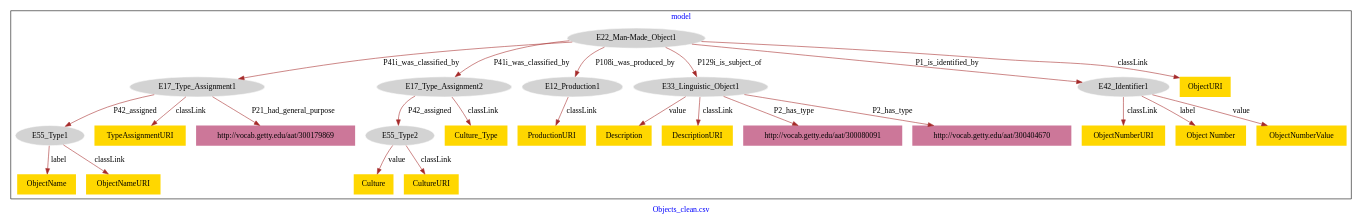
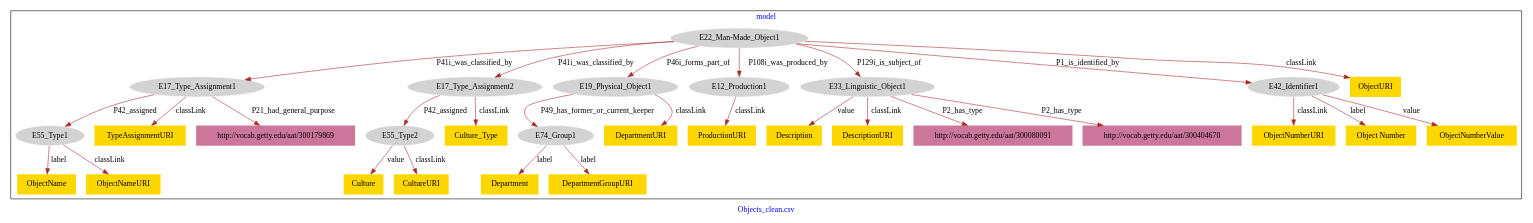
The diagram in Objects/Objects-model.dot (american-art/GM), drawn with Graphviz before and after one commit.

Commit message:
Update file Objects-model.dot

```diff
--- a/Objects/Objects-model.dot
+++ b/Objects/Objects-model.dot
@@ -1,55 +1,65 @@
 digraph n0 {
 fontcolor="blue"
 remincross="true"
 label="Objects_clean.csv"
 subgraph cluster {
 label="model"
 n2[style="filled",color="white",fillcolor="lightgray",label="E17_Type_Assignment1"];
 n3[style="filled",color="white",fillcolor="lightgray",label="E55_Type1"];
 n4[style="filled",color="white",fillcolor="lightgray",label="E17_Type_Assignment2"];
 n5[style="filled",color="white",fillcolor="lightgray",label="E55_Type2"];
-n6[style="filled",color="white",fillcolor="lightgray",label="E22_Man-Made_Object1"];
-n7[style="filled",color="white",fillcolor="lightgray",label="E12_Production1"];
-n8[style="filled",color="white",fillcolor="lightgray",label="E33_Linguistic_Object1"];
-n9[style="filled",color="white",fillcolor="lightgray",label="E42_Identifier1"];
-n10[shape="plaintext",style="filled",fillcolor="gold",label="Culture"];
-n11[shape="plaintext",style="filled",fillcolor="gold",label="Description"];
-n12[shape="plaintext",style="filled",fillcolor="gold",label="ProductionURI"];
-n13[shape="plaintext",style="filled",fillcolor="gold",label="DescriptionURI"];
-n14[shape="plaintext",style="filled",fillcolor="gold",label="ObjectNumberURI"];
-n15[shape="plaintext",style="filled",fillcolor="gold",label="ObjectName"];
-n16[shape="plaintext",style="filled",fillcolor="gold",label="ObjectURI"];
-n17[shape="plaintext",style="filled",fillcolor="gold",label="Object Number"];
-n18[shape="plaintext",style="filled",fillcolor="gold",label="ObjectNameURI"];
-n19[shape="plaintext",style="filled",fillcolor="gold",label="CultureURI"];
-n20[shape="plaintext",style="filled",fillcolor="gold",label="TypeAssignmentURI"];
-n21[shape="plaintext",style="filled",fillcolor="gold",label="ObjectNumberValue"];
-n22[shape="plaintext",style="filled",fillcolor="gold",label="Culture_Type"];
-n23[shape="plaintext",style="filled",fillcolor="#CC7799",label="http://vocab.getty.edu/aat/300080091"];
-n24[shape="plaintext",style="filled",fillcolor="#CC7799",label="http://vocab.getty.edu/aat/300179869"];
-n25[shape="plaintext",style="filled",fillcolor="#CC7799",label="http://vocab.getty.edu/aat/300404670"];
+n6[style="filled",color="white",fillcolor="lightgray",label="E19_Physical_Object1"];
+n7[style="filled",color="white",fillcolor="lightgray",label="E74_Group1"];
+n8[style="filled",color="white",fillcolor="lightgray",label="E22_Man-Made_Object1"];
+n9[style="filled",color="white",fillcolor="lightgray",label="E12_Production1"];
+n10[style="filled",color="white",fillcolor="lightgray",label="E33_Linguistic_Object1"];
+n11[style="filled",color="white",fillcolor="lightgray",label="E42_Identifier1"];
+n12[shape="plaintext",style="filled",fillcolor="gold",label="Culture"];
+n13[shape="plaintext",style="filled",fillcolor="gold",label="Description"];
+n14[shape="plaintext",style="filled",fillcolor="gold",label="ProductionURI"];
+n15[shape="plaintext",style="filled",fillcolor="gold",label="Department"];
+n16[shape="plaintext",style="filled",fillcolor="gold",label="DepartmentURI"];
+n17[shape="plaintext",style="filled",fillcolor="gold",label="DescriptionURI"];
+n18[shape="plaintext",style="filled",fillcolor="gold",label="DepartmentGroupURI"];
+n19[shape="plaintext",style="filled",fillcolor="gold",label="ObjectNumberURI"];
+n20[shape="plaintext",style="filled",fillcolor="gold",label="ObjectName"];
+n21[shape="plaintext",style="filled",fillcolor="gold",label="ObjectURI"];
+n22[shape="plaintext",style="filled",fillcolor="gold",label="Object Number"];
+n23[shape="plaintext",style="filled",fillcolor="gold",label="ObjectNameURI"];
+n24[shape="plaintext",style="filled",fillcolor="gold",label="CultureURI"];
+n25[shape="plaintext",style="filled",fillcolor="gold",label="TypeAssignmentURI"];
+n26[shape="plaintext",style="filled",fillcolor="gold",label="ObjectNumberValue"];
+n27[shape="plaintext",style="filled",fillcolor="gold",label="Culture_Type"];
+n28[shape="plaintext",style="filled",fillcolor="#CC7799",label="http://vocab.getty.edu/aat/300080091"];
+n29[shape="plaintext",style="filled",fillcolor="#CC7799",label="http://vocab.getty.edu/aat/300404670"];
+n30[shape="plaintext",style="filled",fillcolor="#CC7799",label="http://vocab.getty.edu/aat/300179869"];
 }
 n2 -> n3[color="brown",fontcolor="black",label="P42_assigned"]
 n4 -> n5[color="brown",fontcolor="black",label="P42_assigned"]
-n6 -> n7[color="brown",fontcolor="black",label="P108i_was_produced_by"]
-n6 -> n2[color="brown",fontcolor="black",label="P41i_was_classified_by"]
-n6 -> n4[color="brown",fontcolor="black",label="P41i_was_classified_by"]
-n6 -> n8[color="brown",fontcolor="black",label="P129i_is_subject_of"]
-n6 -> n9[color="brown",fontcolor="black",label="P1_is_identified_by"]
-n5 -> n10[color="brown",fontcolor="black",label="value"]
-n8 -> n11[color="brown",fontcolor="black",label="value"]
-n7 -> n12[color="brown",fontcolor="black",label="classLink"]
-n8 -> n13[color="brown",fontcolor="black",label="classLink"]
+n6 -> n7[color="brown",fontcolor="black",label="P49_has_former_or_current_keeper"]
+n8 -> n9[color="brown",fontcolor="black",label="P108i_was_produced_by"]
+n8 -> n2[color="brown",fontcolor="black",label="P41i_was_classified_by"]
+n8 -> n4[color="brown",fontcolor="black",label="P41i_was_classified_by"]
+n8 -> n6[color="brown",fontcolor="black",label="P46i_forms_part_of"]
+n8 -> n10[color="brown",fontcolor="black",label="P129i_is_subject_of"]
+n8 -> n11[color="brown",fontcolor="black",label="P1_is_identified_by"]
+n5 -> n12[color="brown",fontcolor="black",label="value"]
+n10 -> n13[color="brown",fontcolor="black",label="value"]
 n9 -> n14[color="brown",fontcolor="black",label="classLink"]
-n3 -> n15[color="brown",fontcolor="black",label="label"]
+n7 -> n15[color="brown",fontcolor="black",label="label"]
 n6 -> n16[color="brown",fontcolor="black",label="classLink"]
-n9 -> n17[color="brown",fontcolor="black",label="label"]
-n3 -> n18[color="brown",fontcolor="black",label="classLink"]
-n5 -> n19[color="brown",fontcolor="black",label="classLink"]
-n2 -> n20[color="brown",fontcolor="black",label="classLink"]
-n9 -> n21[color="brown",fontcolor="black",label="value"]
-n4 -> n22[color="brown",fontcolor="black",label="classLink"]
-n8 -> n23[color="brown",fontcolor="black",label="P2_has_type"]
-n2 -> n24[color="brown",fontcolor="black",label="P21_had_general_purpose"]
-n8 -> n25[color="brown",fontcolor="black",label="P2_has_type"]
+n10 -> n17[color="brown",fontcolor="black",label="classLink"]
+n7 -> n18[color="brown",fontcolor="black",label="label"]
+n11 -> n19[color="brown",fontcolor="black",label="classLink"]
+n3 -> n20[color="brown",fontcolor="black",label="label"]
+n8 -> n21[color="brown",fontcolor="black",label="classLink"]
+n11 -> n22[color="brown",fontcolor="black",label="label"]
+n3 -> n23[color="brown",fontcolor="black",label="classLink"]
+n5 -> n24[color="brown",fontcolor="black",label="classLink"]
+n2 -> n25[color="brown",fontcolor="black",label="classLink"]
+n11 -> n26[color="brown",fontcolor="black",label="value"]
+n4 -> n27[color="brown",fontcolor="black",label="classLink"]
+n10 -> n28[color="brown",fontcolor="black",label="P2_has_type"]
+n10 -> n29[color="brown",fontcolor="black",label="P2_has_type"]
+n2 -> n30[color="brown",fontcolor="black",label="P21_had_general_purpose"]
 }
```
